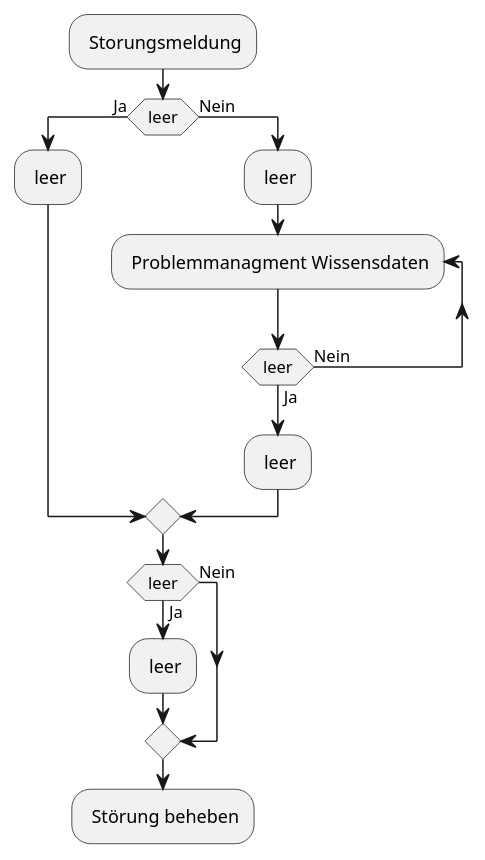
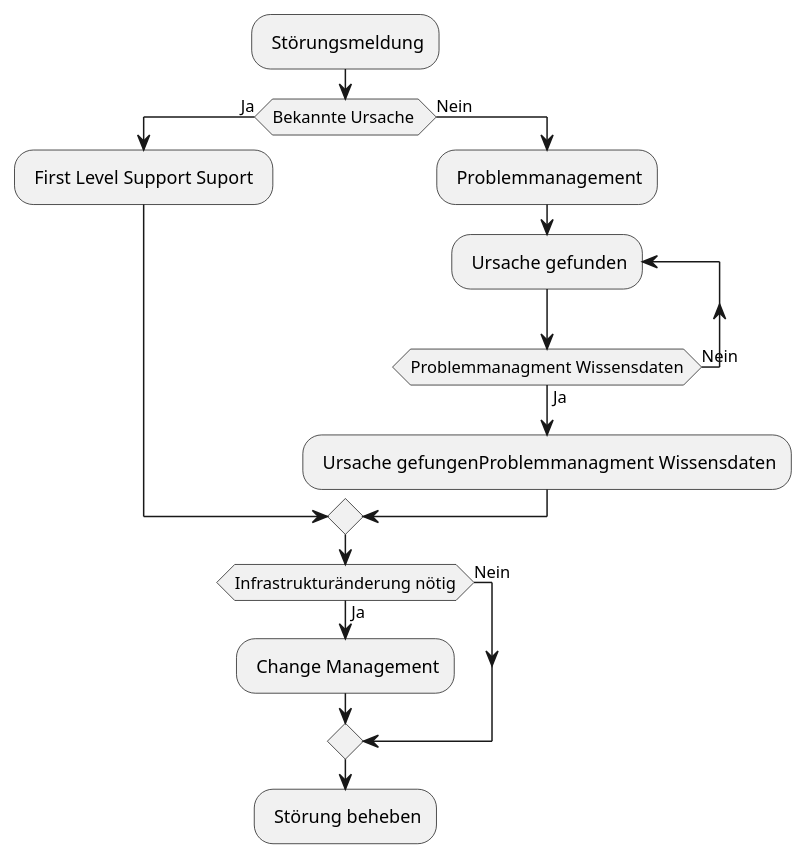
The diagram in Service_Rule/aufgabe3.puml (Martin1088/Plantuml-With-Screenreader), drawn with PlantUML before and after one commit. The commit also changed 16 other files, not shown here.

```diff
--- a/Service_Rule/aufgabe3.puml
+++ b/Service_Rule/aufgabe3.puml
@@ -1,16 +1,16 @@
-@startuml name "Zusammenhänge zwischen Störung, Problem und Fehler beim Service Support"
-: Storungsmeldung;
-if (leer) then (Ja)
-: leer;
+@startuml "Zusammenhänge zwischen Störung, Problem und Fehler beim Service Support"
+: Störungsmeldung;
+if (Bekannte Ursache ) then (Ja)
+: First Level Support Suport ;
 else (Nein)
-: leer;
-repeat : Problemmanagment Wissensdaten;
-repeat while(leer) is (Nein) not (Ja)
-: leer;
+: Problemmanagement;
+repeat : Ursache gefunden;
+repeat while(Problemmanagment Wissensdaten) is (Nein) not (Ja)
+: Ursache gefungenProblemmanagment Wissensdaten;
 endif
-if (leer) then (Ja)
-: leer;
+if (Infrastrukturänderung nötig) then (Ja)
+: Change Management;
 else (Nein)
 endif
 : Störung beheben;
 @enduml
```
